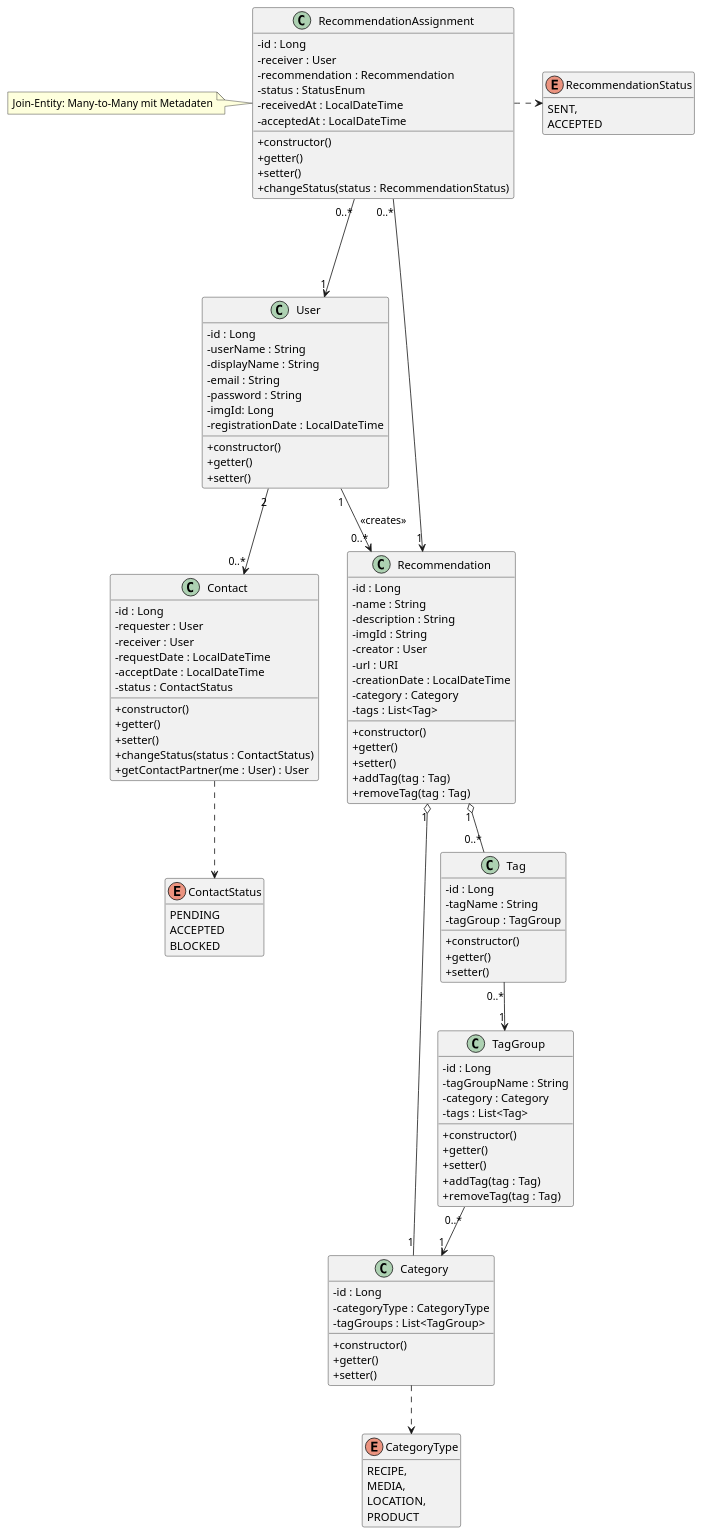
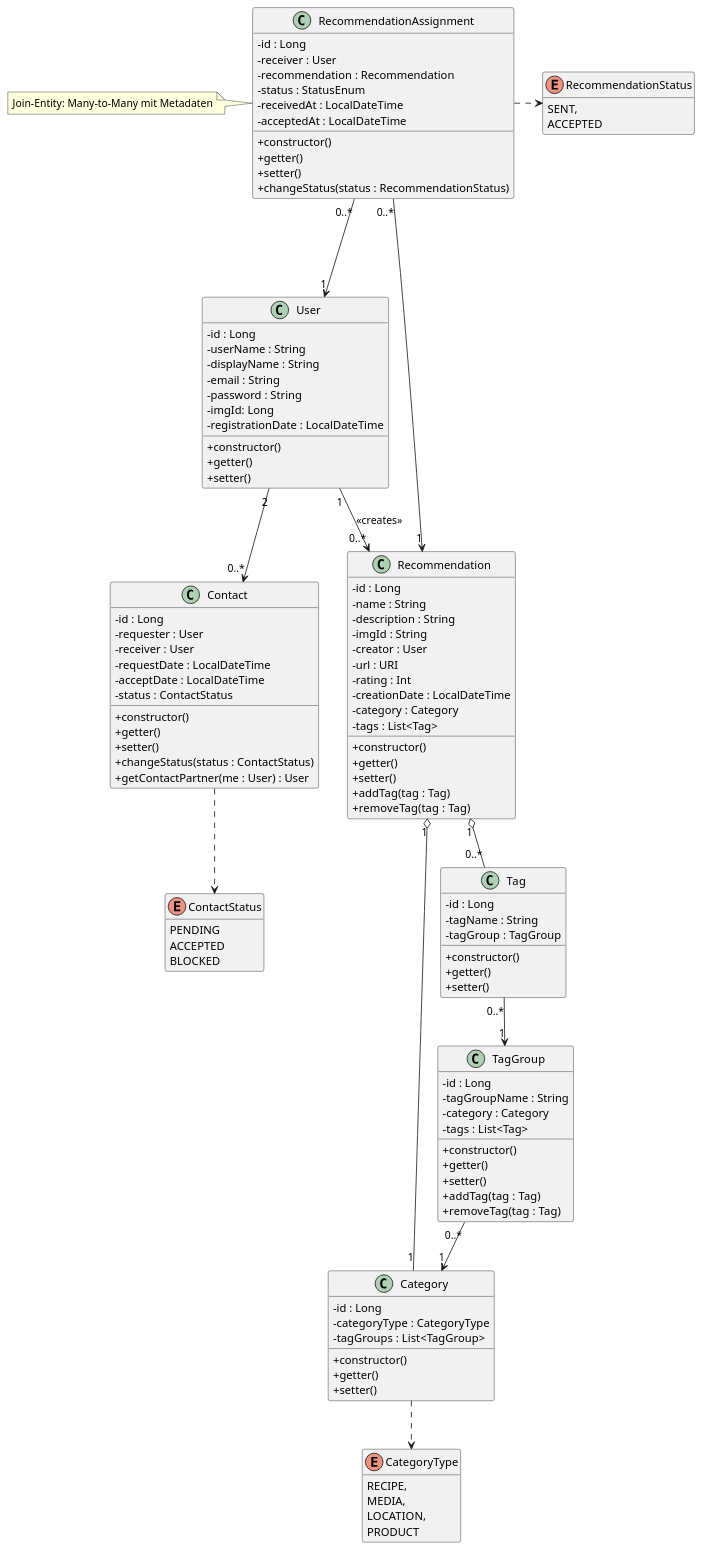
One commit to SpaghettiCodeGang/TryLater-Server changed the diagram in uml/class/Class_Pflichtenheft.puml. Above: the diagram before and after it, drawn with PlantUML.

Commit message:
feat: adds rating to recommendation

```diff
--- a/uml/class/Class_Pflichtenheft.puml
+++ b/uml/class/Class_Pflichtenheft.puml
@@ -1,131 +1,132 @@
 @startuml
 allowmixing
 skinparam classAttributeIconSize 0
 hide empty members
 
 class User {
     - id : Long
     - userName : String
     - displayName : String
     - email : String
     - password : String
     - imgId: Long
     - registrationDate : LocalDateTime
     + constructor()
     + getter()
     + setter()
 }
 
 enum ContactStatus {
     PENDING
     ACCEPTED
     BLOCKED
 }
 
 class Contact {
     - id : Long
     - requester : User
     - receiver : User
     - requestDate : LocalDateTime
     - acceptDate : LocalDateTime
     - status : ContactStatus
     + constructor()
     + getter()
     + setter()
     + changeStatus(status : ContactStatus)
     + getContactPartner(me : User) : User
 }
 
 class RecommendationAssignment {
     - id : Long
     - receiver : User
     - recommendation : Recommendation
     - status : StatusEnum
     - receivedAt : LocalDateTime
     - acceptedAt : LocalDateTime
     + constructor()
     + getter()
     + setter()
     + changeStatus(status : RecommendationStatus)
 }
 
 note left of RecommendationAssignment
   Join-Entity: Many-to-Many mit Metadaten
 end note
 
 enum RecommendationStatus {
     SENT,
     ACCEPTED
 }
 
 class Recommendation {
     - id : Long
     - name : String
     - description : String
     - imgId : String
     - creator : User
     - url : URI
+    - rating : Int
     - creationDate : LocalDateTime
     - category : Category
     - tags : List<Tag>
     + constructor()
     + getter()
     + setter()
     + addTag(tag : Tag)
     + removeTag(tag : Tag)
 }
 
 enum CategoryType {
     RECIPE,
     MEDIA,
     LOCATION,
     PRODUCT
 }
 
 class  Category {
     - id : Long
     - categoryType : CategoryType
     - tagGroups : List<TagGroup>
     + constructor()
     + getter()
     + setter()
 }
 
 class TagGroup {
     - id : Long
     - tagGroupName : String
     - category : Category
     - tags : List<Tag>
     + constructor()
     + getter()
     + setter()
     + addTag(tag : Tag)
     + removeTag(tag : Tag)
 }
 
 class Tag {
     - id : Long
     - tagName : String
     - tagGroup : TagGroup
     + constructor()
     + getter()
     + setter()
 }
 
 User "2" --> "0..*" Contact
 User "1" --> "0..*" Recommendation : <<creates>>
 
 Contact ..> ContactStatus
 
 RecommendationAssignment "0..*" ---> "1" User
 RecommendationAssignment "0..*" ---> "1" Recommendation
 RecommendationAssignment .> RecommendationStatus
 
 Recommendation "1" o-- "1" Category
 Recommendation "1" o-- "0..*" Tag
 
 Category ..> CategoryType
 TagGroup "0..*" --> "1" Category
 Tag "0..*" --> "1" TagGroup
 
 @enduml
```
